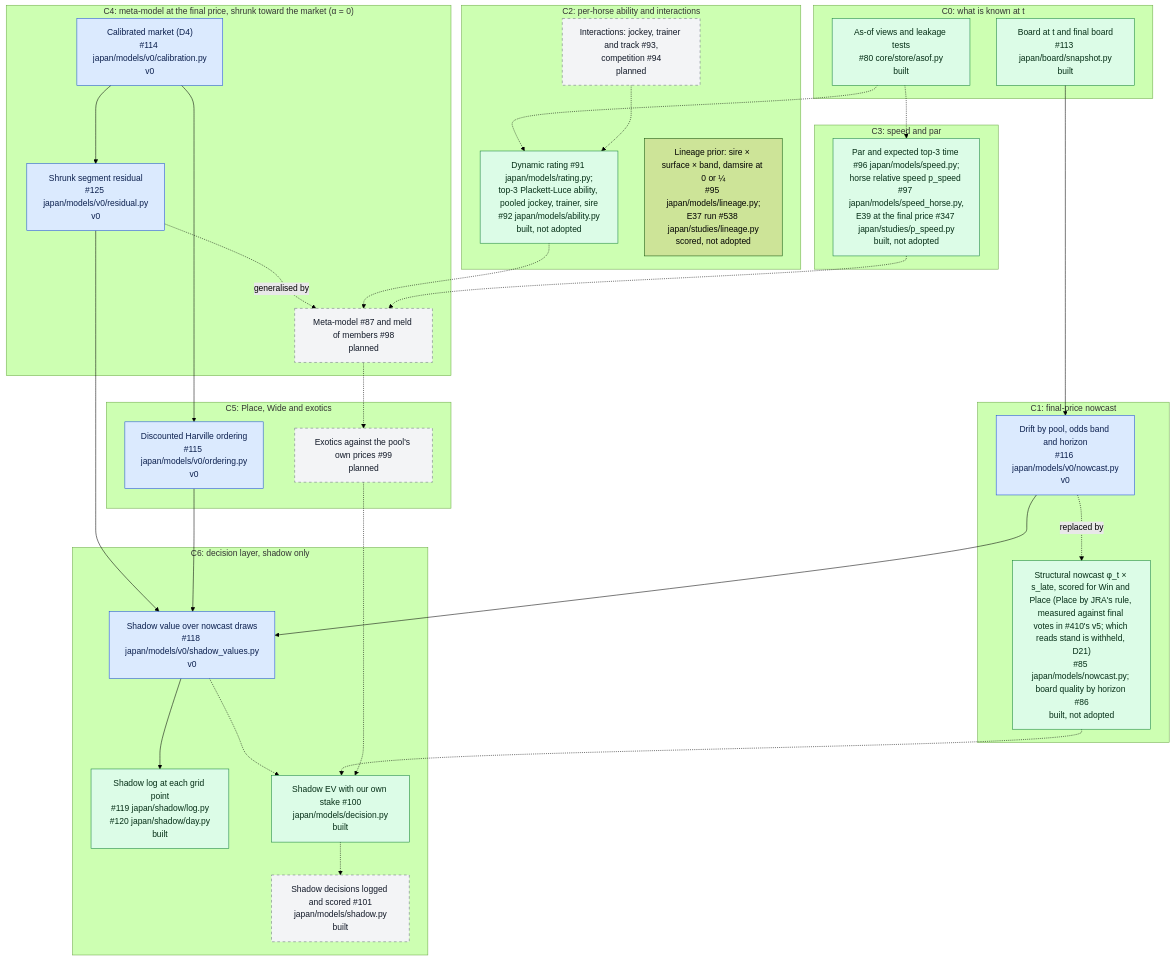
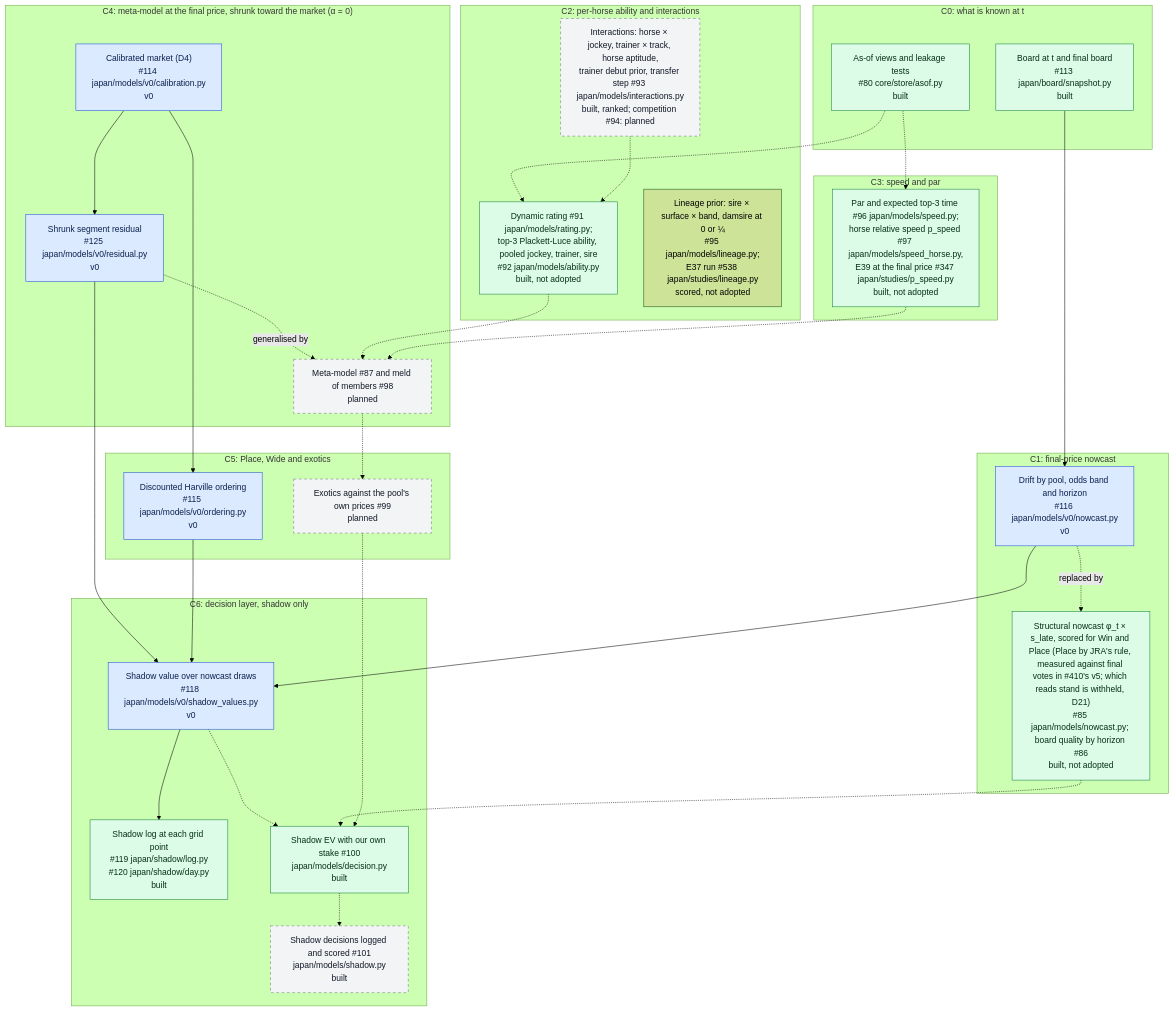
The second of 6 diagrams in docs/modeling.md (rjeskuri/HorseTrackBetting), drawn with Mermaid (forest theme) before and after one commit. The commit also changed other lines of this file and 10 other files, not shown here.

First line of the commit message:
Build the per-horse interaction model: jockey, trainer, track (#93) (#569)

````diff
--- a/docs/modeling.md
+++ b/docs/modeling.md
@@ -71,60 +71,60 @@
 ```mermaid
 flowchart TB
     subgraph L0["C0: what is known at t"]
         ASOF["As-of views and leakage tests<br/>#80 core/store/asof.py<br/>built"]
         BOARD["Board at t and final board<br/>#113 japan/board/snapshot.py<br/>built"]
     end
     subgraph L1["C1: final-price nowcast"]
         NC0["Drift by pool, odds band and horizon<br/>#116 japan/models/v0/nowcast.py<br/>v0"]
         NC1["Structural nowcast φ_t × s_late, scored for Win and Place (Place by JRA's rule, measured against final votes in #410's v5; which reads stand is withheld, D21)<br/>#85 japan/models/nowcast.py; board quality by horizon #86<br/>built, not adopted"]
     end
     subgraph L2["C2: per-horse ability and interactions"]
         ABIL["Dynamic rating #91 japan/models/rating.py;<br/>top-3 Plackett-Luce ability, pooled jockey, trainer, sire<br/>#92 japan/models/ability.py<br/>built, not adopted"]
-        INTR["Interactions: jockey, trainer and track #93,<br/>competition #94<br/>planned"]
+        INTR["Interactions: horse × jockey, trainer × track, horse aptitude,<br/>trainer debut prior, transfer step #93 japan/models/interactions.py<br/>built, ranked; competition #94: planned"]
         LIN["Lineage prior: sire × surface × band, damsire at 0 or ¼<br/>#95 japan/models/lineage.py;<br/>E37 run #538 japan/studies/lineage.py<br/>scored, not adopted"]
     end
     subgraph L3["C3: speed and par"]
         SPEED["Par and expected top-3 time #96 japan/models/speed.py;<br/>horse relative speed p_speed #97 japan/models/speed_horse.py,<br/>E39 at the final price #347 japan/studies/p_speed.py<br/>built, not adopted"]
     end
     subgraph L4["C4: meta-model at the final price, shrunk toward the market (α = 0)"]
         CAL["Calibrated market (D4)<br/>#114 japan/models/v0/calibration.py<br/>v0"]
         RES["Shrunk segment residual<br/>#125 japan/models/v0/residual.py<br/>v0"]
         META["Meta-model #87 and meld of members #98<br/>planned"]
     end
     subgraph L5["C5: Place, Wide and exotics"]
         ORD["Discounted Harville ordering<br/>#115 japan/models/v0/ordering.py<br/>v0"]
         EXO["Exotics against the pool's own prices #99<br/>planned"]
     end
     subgraph L6["C6: decision layer, shadow only"]
         SV["Shadow value over nowcast draws<br/>#118 japan/models/v0/shadow_values.py<br/>v0"]
         SLOG["Shadow log at each grid point<br/>#119 japan/shadow/log.py<br/>#120 japan/shadow/day.py<br/>built"]
         STAKE["Shadow EV with our own stake #100<br/>japan/models/decision.py<br/>built"]
         SDEC["Shadow decisions logged and scored #101<br/>japan/models/shadow.py<br/>built"]
     end
     BOARD --> NC0
     NC0 -.->|"replaced by"| NC1
     ASOF -.-> ABIL
     INTR -.-> ABIL
     ASOF -.-> SPEED
     CAL --> RES
     CAL --> ORD
     RES -.->|"generalised by"| META
     ABIL -.-> META
     SPEED -.-> META
     META -.-> EXO
     RES --> SV
     ORD --> SV
     NC0 --> SV
     SV --> SLOG
     SV -.-> STAKE
     NC1 -.-> STAKE
     EXO -.-> STAKE
     STAKE -.-> SDEC
 
     classDef v0 fill:#dbeafe,stroke:#1d4ed8,color:#0b1f4d
     classDef built fill:#dcfce7,stroke:#15803d,color:#052e16
     classDef planned fill:#f3f4f6,stroke:#6b7280,stroke-dasharray: 5 5,color:#111827
     class NC0,CAL,RES,ORD,SV v0
     class ASOF,BOARD,SLOG,NC1,ABIL,STAKE,SPEED built
     class INTR,META,EXO,SDEC planned
 ```
````
